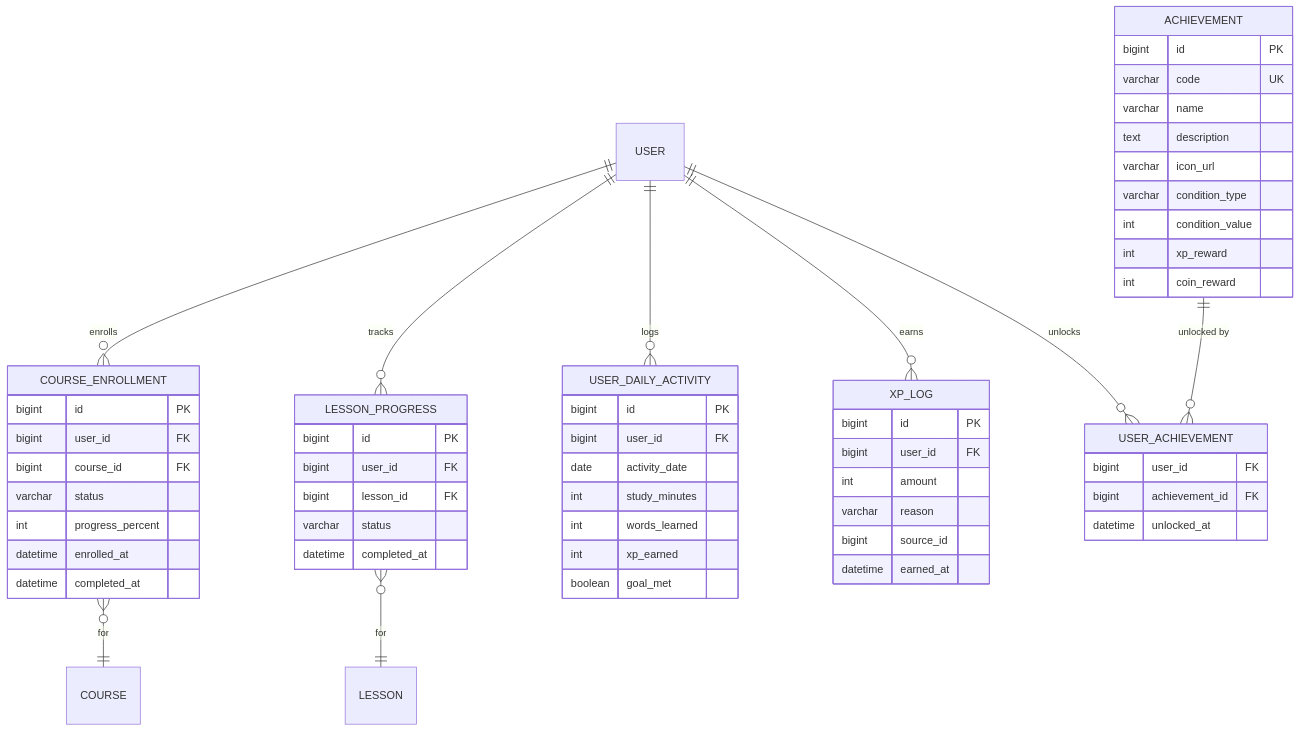
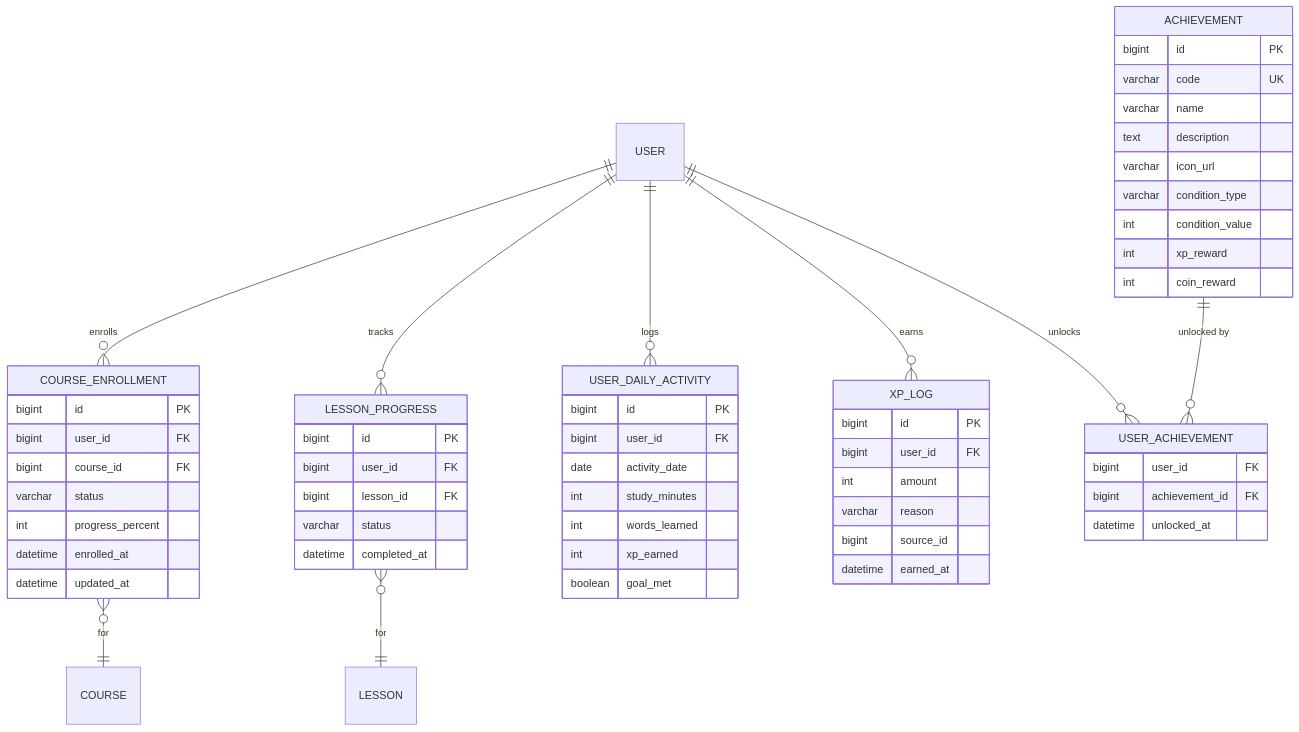
The fifth of 6 diagrams in docs/PROJECT_OVERVIEW.md (trantiendat12345/language-learning-docs), drawn with Mermaid before and after one commit. The commit also changed other lines of this file and 9 other files, not shown here.

````diff
--- a/docs/PROJECT_OVERVIEW.md
+++ b/docs/PROJECT_OVERVIEW.md
@@ -359,61 +360,61 @@
 ```mermaid
 erDiagram
     USER ||--o{ COURSE_ENROLLMENT : enrolls
     COURSE_ENROLLMENT }o--|| COURSE : "for"
     USER ||--o{ LESSON_PROGRESS : tracks
     LESSON_PROGRESS }o--|| LESSON : "for"
     USER ||--o{ USER_DAILY_ACTIVITY : logs
     USER ||--o{ XP_LOG : earns
     USER ||--o{ USER_ACHIEVEMENT : unlocks
     ACHIEVEMENT ||--o{ USER_ACHIEVEMENT : "unlocked by"
 
     COURSE_ENROLLMENT {
         bigint id PK
         bigint user_id FK
         bigint course_id FK
         varchar status
         int progress_percent
         datetime enrolled_at
-        datetime completed_at
+        datetime updated_at
     }
     LESSON_PROGRESS {
         bigint id PK
         bigint user_id FK
         bigint lesson_id FK
         varchar status
         datetime completed_at
     }
     USER_DAILY_ACTIVITY {
         bigint id PK
         bigint user_id FK
         date activity_date
         int study_minutes
         int words_learned
         int xp_earned
         boolean goal_met
     }
     XP_LOG {
         bigint id PK
         bigint user_id FK
         int amount
         varchar reason
         bigint source_id
         datetime earned_at
     }
     ACHIEVEMENT {
         bigint id PK
         varchar code UK
         varchar name
         text description
         varchar icon_url
         varchar condition_type
         int condition_value
         int xp_reward
         int coin_reward
     }
     USER_ACHIEVEMENT {
         bigint user_id FK
         bigint achievement_id FK
         datetime unlocked_at
     }
 ```
````
